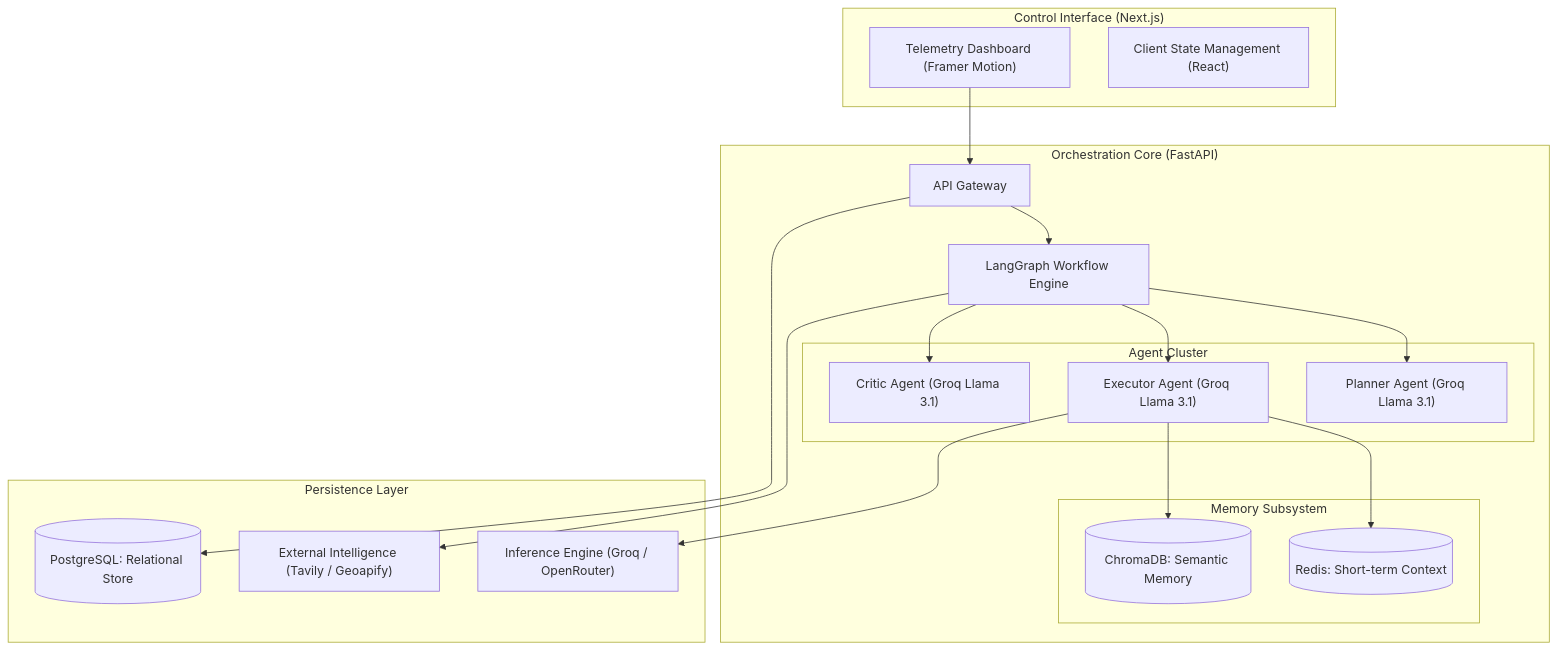
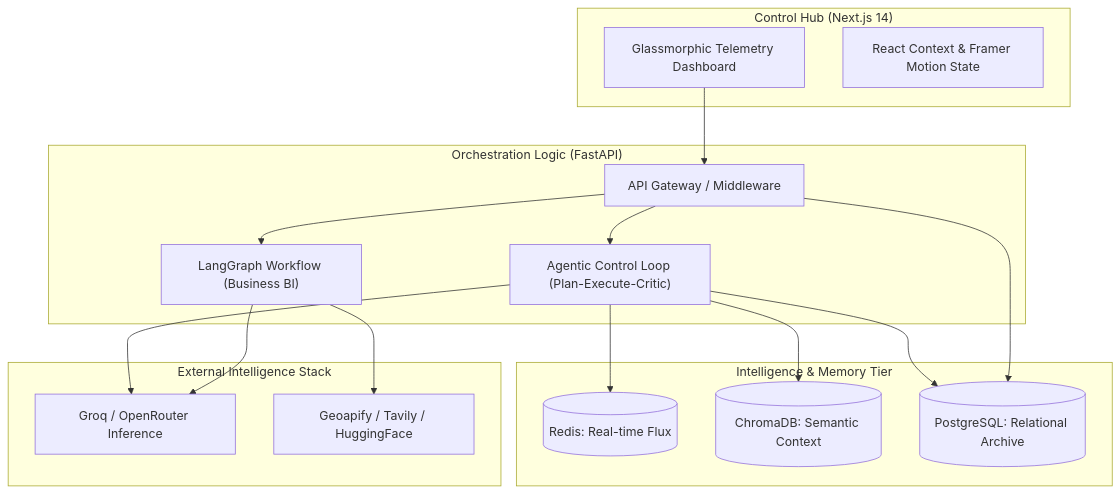
The diagram in README.md (priyanshsingh11/AgentForge), drawn with Mermaid before and after one commit. The commit also changed other lines of this file, not shown here.

````diff
--- a/README.md
+++ b/README.md
@@ -9,37 +23,31 @@
 ```mermaid
 graph TD
-    subgraph "Control Interface (Next.js)"
-        UI["Telemetry Dashboard (Framer Motion)"]
-        State["Client State Management (React)"]
+    subgraph "Control Hub (Next.js 14)"
+        UI["Glassmorphic Telemetry Dashboard"]
+        State["React Context & Framer Motion State"]
     end
 
-    subgraph "Orchestration Core (FastAPI)"
-        Router["API Gateway"]
-        Graph["LangGraph Workflow Engine"]
-        
-        subgraph "Agent Cluster"
-            Planner["Planner Agent (Groq Llama 3.1)"]
-            Executor["Executor Agent (Groq Llama 3.1)"]
-            Critic["Critic Agent (Groq Llama 3.1)"]
-        end
-        
-        subgraph "Memory Subsystem"
-            Redis[("Redis: Short-term Context")]
-            Chroma[("ChromaDB: Semantic Memory")]
-        end
+    subgraph "Orchestration Logic (FastAPI)"
+        Router["API Gateway / Middleware"]
+        Loop["Agentic Control Loop (Plan-Execute-Critic)"]
+        Graph["LangGraph Workflow (Business BI)"]
     end
 
-    subgraph "Persistence Layer"
-        Postgres[("PostgreSQL: Relational Store")]
-        LLM["Inference Engine (Groq / OpenRouter)"]
-        ExtAPI["External Intelligence (Tavily / Geoapify)"]
+    subgraph "Intelligence & Memory Tier"
+        Redis[("Redis: Real-time Flux")]
+        Chroma[("ChromaDB: Semantic Context")]
+        Postgres[("PostgreSQL: Relational Archive")]
+    end
+
+    subgraph "External Intelligence Stack"
+        LLM["Groq / OpenRouter Inference"]
+        Tools["Geoapify / Tavily / HuggingFace"]
     end
 
     UI --> Router
-    Router --> Graph
-    Graph --> Planner & Executor & Critic
-    Executor --> Redis & Chroma
-    Executor --> LLM
-    Graph --> ExtAPI
+    Router --> Loop & Graph
+    Loop --> LLM & Redis
+    Graph --> Tools & LLM
+    Loop --> Postgres & Chroma
     Router --> Postgres
 ```
````
